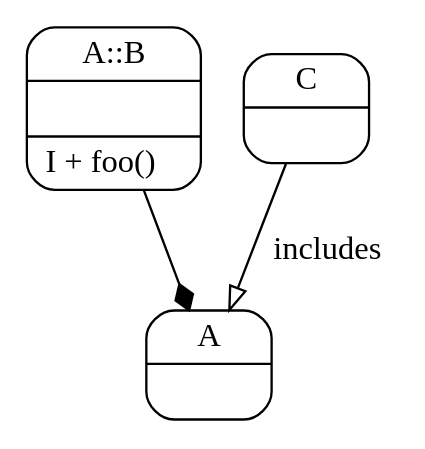
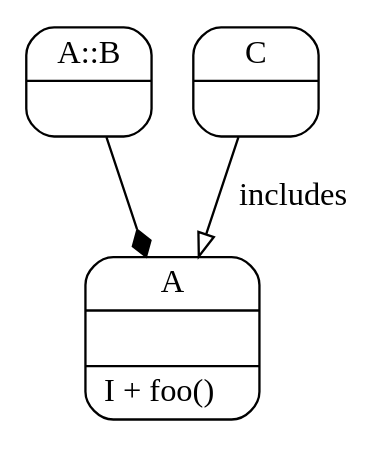
The diagram in spec/integration/lib_composition/module_composition.dot (os6sense/xumlidot), drawn with Graphviz before and after one commit. The commit also changed 6 other files, not shown here.

```diff
--- a/spec/integration/lib_composition/module_composition.dot
+++ b/spec/integration/lib_composition/module_composition.dot
@@ -1,8 +1,8 @@
 digraph graph_title {
             graph[overlap=false, splines=true, bgcolor="white"]
-"A" [shape=Mrecord, label="{A|\l}"]
-"A::B" [shape=Mrecord, label="{A::B|\l|I + foo()\l}"]
+"A" [shape=Mrecord, label="{A|\l|I + foo()\l}"]
+"A::B" [shape=Mrecord, label="{A::B|\l}"]
 "C" [shape=Mrecord, label="{C|\l}"]
 "A::B" -> "A" [label="", arrowhead="diamond", arrowtail="diamond"]
 "C" -> "A" [label="includes", arrowhead="empty", arrowtail="onormal"]
 }
```
